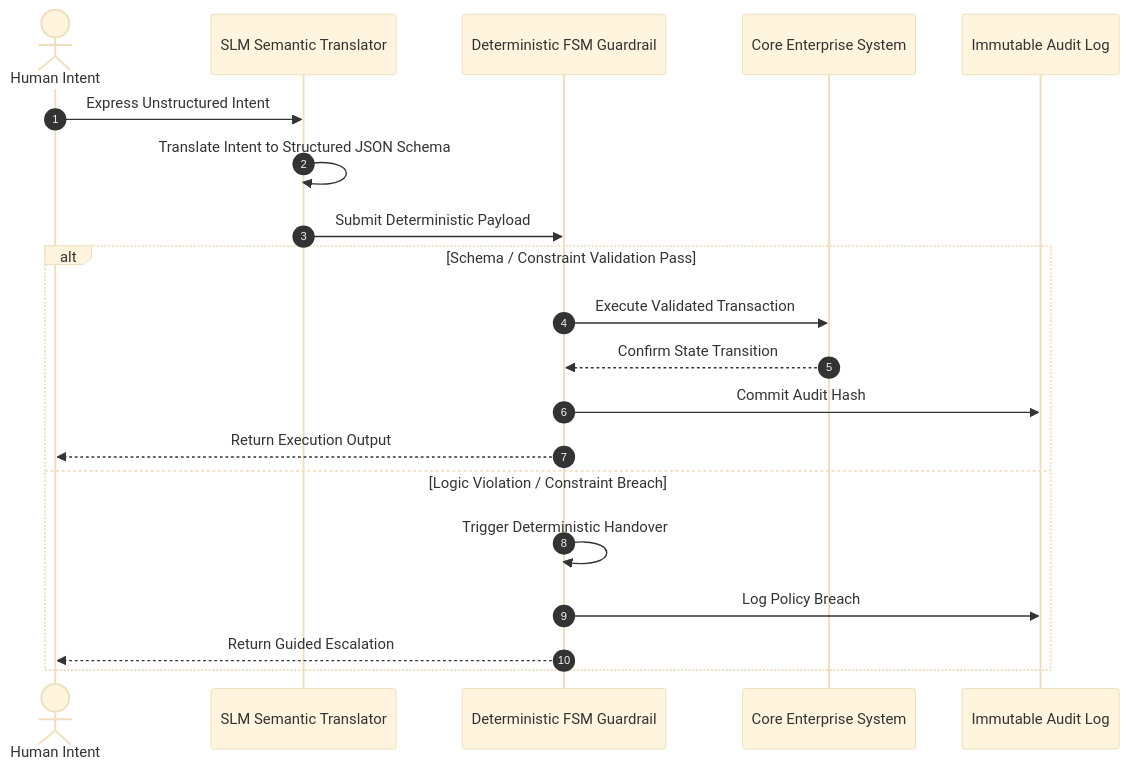
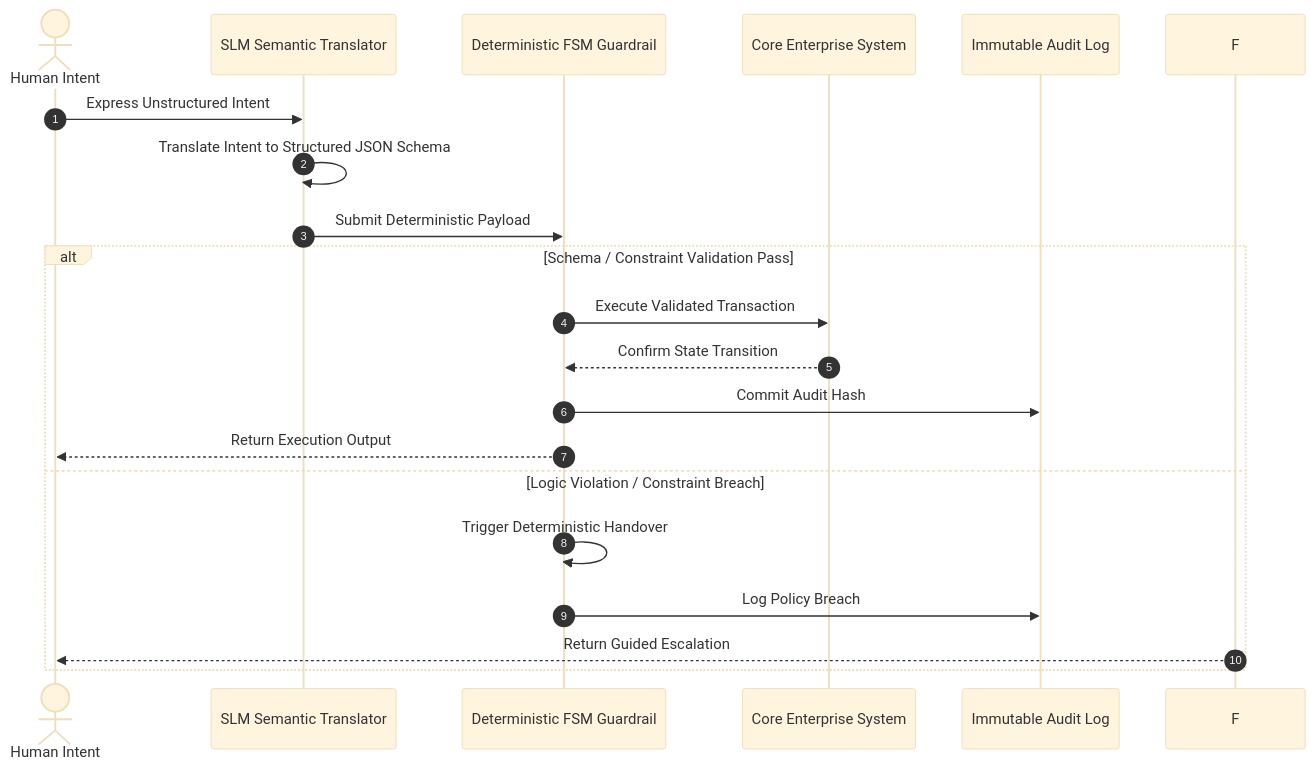
The second of 2 diagrams in docs/05-liquidating-lazy-ai-strategy-slm-architecture.md (26200602/SIA-Agentic-AI-Architecture), drawn with Mermaid (base theme) before and after one commit. The commit also changed other lines of this file, not shown here.

First line of the commit message:
Update 05-liquidating-lazy-ai-strategy-slm-architecture.md

````diff
--- a/docs/05-liquidating-lazy-ai-strategy-slm-architecture.md
+++ b/docs/05-liquidating-lazy-ai-strategy-slm-architecture.md
@@ -35,24 +36,24 @@
 ```mermaid
 sequenceDiagram
     autonumber
     actor User as Human Intent
     participant ST as SLM Semantic Translator
     participant FSM as Deterministic FSM Guardrail
     participant Backend as Core Enterprise System
     participant Audit as Immutable Audit Log
 
     User->>ST: Express Unstructured Intent
     ST->>ST: Translate Intent to Structured JSON Schema
     ST->>FSM: Submit Deterministic Payload
     
     alt Schema / Constraint Validation Pass
         FSM->>Backend: Execute Validated Transaction
         Backend-->>FSM: Confirm State Transition
         FSM->>Audit: Commit Audit Hash
         FSM-->>User: Return Execution Output
     else Logic Violation / Constraint Breach
         FSM->>FSM: Trigger Deterministic Handover
         FSM->>Audit: Log Policy Breach
-        FSM-->>User: Return Guided Escalation
+        F-->>User: Return Guided Escalation
     end
 ```
````
